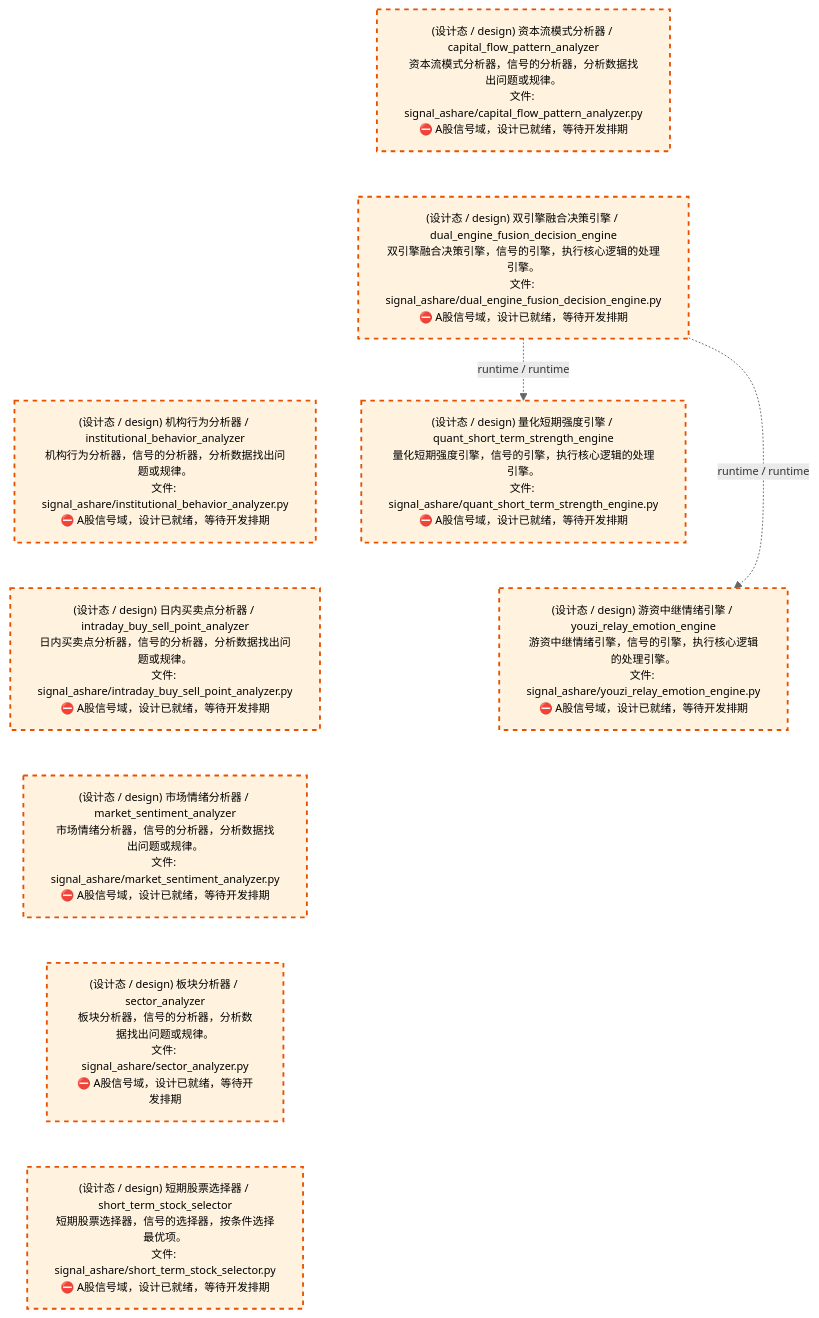
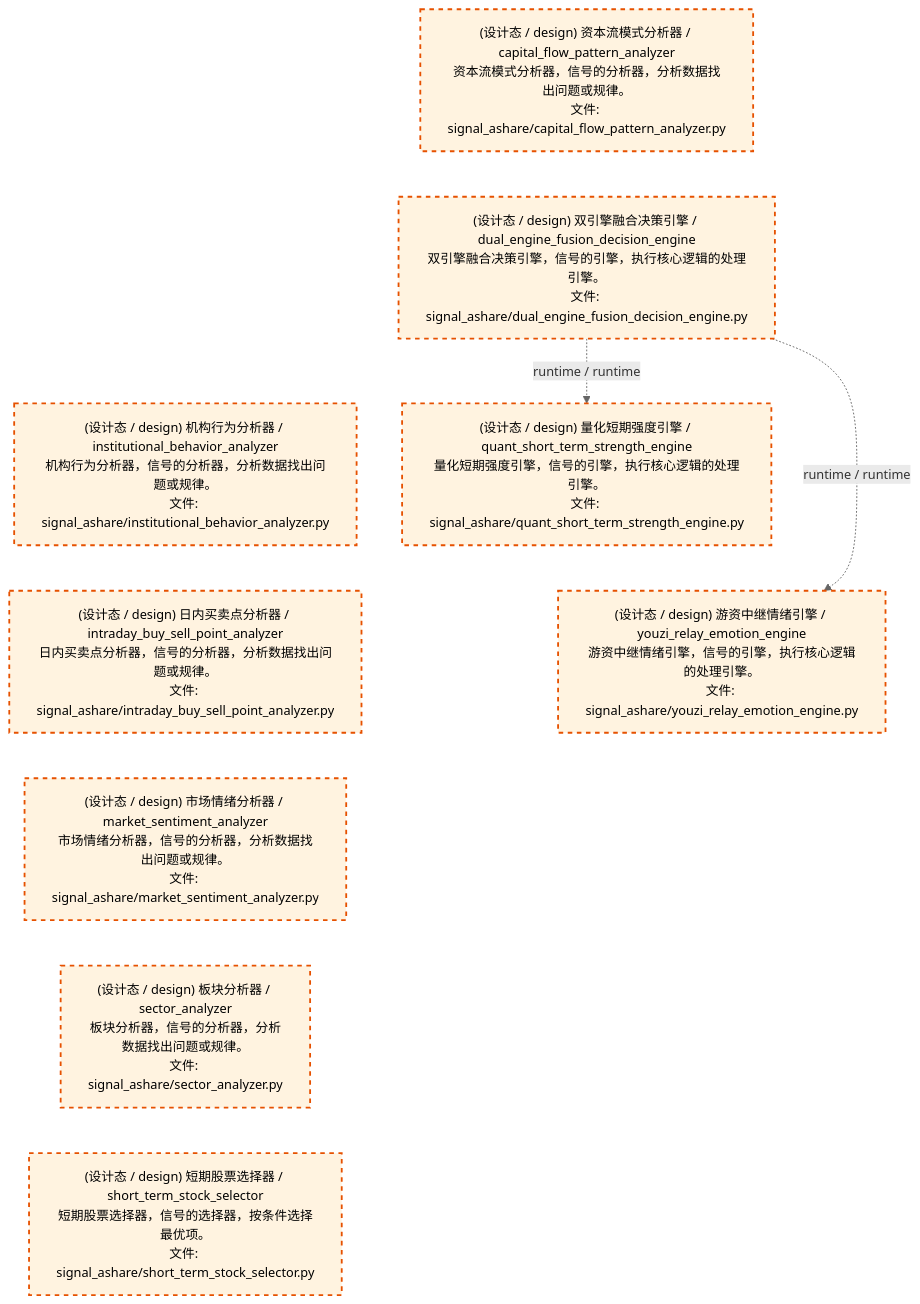
The third of 4 diagrams in docs/02_enterprise_architecture/02_domain_architecture_docs/32_d_ashare_signal.md (xuanFelixVan/ZephyrAlpha), drawn with Mermaid before and after one commit. The commit also changed other lines of this file and 61 other files, not shown here.

````diff
--- a/docs/02_enterprise_architecture/02_domain_architecture_docs/32_d_ashare_signal.md
+++ b/docs/02_enterprise_architecture/02_domain_architecture_docs/32_d_ashare_signal.md
@@ -130,27 +130,27 @@
 ```mermaid
-%%{init: {'theme': 'base', 'themeVariables': {'primaryColor': '#eaeaea', 'primaryTextColor': '#333333', 'primaryBorderColor': '#666666', 'lineColor': '#666666', 'secondaryColor': '#eaeaea', 'tertiaryColor': '#eaeaea', 'fontSize': '12px'}}}%%
+%%{init: {'theme': 'base', 'themeVariables': {'primaryColor': '#eaeaea', 'primaryTextColor': '#333333', 'primaryBorderColor': '#666666', 'lineColor': '#666666', 'secondaryColor': '#eaeaea', 'tertiaryColor': '#eaeaea', 'fontSize': '14px'}}}%%
 flowchart TD
-    src_zephyr_signal_ashare_capital_flow_pattern_analyzer_py["(设计态 / design) 资本流模式分析器 / capital_flow_pattern_analyzer<br/>资本流模式分析器，信号的分析器，分析数据找出问题或规律。<br/>文件: signal_ashare/capital_flow_pattern_analyzer.py<br/>⛔ A股信号域，设计已就绪，等待开发排期"]
-    src_zephyr_signal_ashare_dual_engine_fusion_decision_engine_py["(设计态 / design) 双引擎融合决策引擎 / dual_engine_fusion_decision_engine<br/>双引擎融合决策引擎，信号的引擎，执行核心逻辑的处理引擎。<br/>文件: signal_ashare/dual_engine_fusion_decision_engine.py<br/>⛔ A股信号域，设计已就绪，等待开发排期"]
-    src_zephyr_signal_ashare_institutional_behavior_analyzer_py["(设计态 / design) 机构行为分析器 / institutional_behavior_analyzer<br/>机构行为分析器，信号的分析器，分析数据找出问题或规律。<br/>文件: signal_ashare/institutional_behavior_analyzer.py<br/>⛔ A股信号域，设计已就绪，等待开发排期"]
-    src_zephyr_signal_ashare_intraday_buy_sell_point_analyzer_py["(设计态 / design) 日内买卖点分析器 / intraday_buy_sell_point_analyzer<br/>日内买卖点分析器，信号的分析器，分析数据找出问题或规律。<br/>文件: signal_ashare/intraday_buy_sell_point_analyzer.py<br/>⛔ A股信号域，设计已就绪，等待开发排期"]
-    src_zephyr_signal_ashare_market_sentiment_analyzer_py["(设计态 / design) 市场情绪分析器 / market_sentiment_analyzer<br/>市场情绪分析器，信号的分析器，分析数据找出问题或规律。<br/>文件: signal_ashare/market_sentiment_analyzer.py<br/>⛔ A股信号域，设计已就绪，等待开发排期"]
-    src_zephyr_signal_ashare_sector_analyzer_py["(设计态 / design) 板块分析器 / sector_analyzer<br/>板块分析器，信号的分析器，分析数据找出问题或规律。<br/>文件: signal_ashare/sector_analyzer.py<br/>⛔ A股信号域，设计已就绪，等待开发排期"]
-    src_zephyr_signal_ashare_short_term_stock_selector_py["(设计态 / design) 短期股票选择器 / short_term_stock_selector<br/>短期股票选择器，信号的选择器，按条件选择最优项。<br/>文件: signal_ashare/short_term_stock_selector.py<br/>⛔ A股信号域，设计已就绪，等待开发排期"]
+    src_zephyr_signal_ashare_capital_flow_pattern_analyzer_py["(设计态 / design) 资本流模式分析器 / capital_flow_pattern_analyzer<br/>资本流模式分析器，信号的分析器，分析数据找出问题或规律。<br/>文件: signal_ashare/capital_flow_pattern_analyzer.py"]
+    src_zephyr_signal_ashare_dual_engine_fusion_decision_engine_py["(设计态 / design) 双引擎融合决策引擎 / dual_engine_fusion_decision_engine<br/>双引擎融合决策引擎，信号的引擎，执行核心逻辑的处理引擎。<br/>文件: signal_ashare/dual_engine_fusion_decision_engine.py"]
+    src_zephyr_signal_ashare_institutional_behavior_analyzer_py["(设计态 / design) 机构行为分析器 / institutional_behavior_analyzer<br/>机构行为分析器，信号的分析器，分析数据找出问题或规律。<br/>文件: signal_ashare/institutional_behavior_analyzer.py"]
+    src_zephyr_signal_ashare_intraday_buy_sell_point_analyzer_py["(设计态 / design) 日内买卖点分析器 / intraday_buy_sell_point_analyzer<br/>日内买卖点分析器，信号的分析器，分析数据找出问题或规律。<br/>文件: signal_ashare/intraday_buy_sell_point_analyzer.py"]
+    src_zephyr_signal_ashare_market_sentiment_analyzer_py["(设计态 / design) 市场情绪分析器 / market_sentiment_analyzer<br/>市场情绪分析器，信号的分析器，分析数据找出问题或规律。<br/>文件: signal_ashare/market_sentiment_analyzer.py"]
+    src_zephyr_signal_ashare_sector_analyzer_py["(设计态 / design) 板块分析器 / sector_analyzer<br/>板块分析器，信号的分析器，分析数据找出问题或规律。<br/>文件: signal_ashare/sector_analyzer.py"]
+    src_zephyr_signal_ashare_short_term_stock_selector_py["(设计态 / design) 短期股票选择器 / short_term_stock_selector<br/>短期股票选择器，信号的选择器，按条件选择最优项。<br/>文件: signal_ashare/short_term_stock_selector.py"]
     src_zephyr_signal_ashare_capital_flow_pattern_analyzer_py ~~~ src_zephyr_signal_ashare_dual_engine_fusion_decision_engine_py
     src_zephyr_signal_ashare_dual_engine_fusion_decision_engine_py ~~~ src_zephyr_signal_ashare_institutional_behavior_analyzer_py
     src_zephyr_signal_ashare_institutional_behavior_analyzer_py ~~~ src_zephyr_signal_ashare_intraday_buy_sell_point_analyzer_py
     src_zephyr_signal_ashare_intraday_buy_sell_point_analyzer_py ~~~ src_zephyr_signal_ashare_market_sentiment_analyzer_py
     src_zephyr_signal_ashare_market_sentiment_analyzer_py ~~~ src_zephyr_signal_ashare_sector_analyzer_py
     src_zephyr_signal_ashare_sector_analyzer_py ~~~ src_zephyr_signal_ashare_short_term_stock_selector_py
-    src_zephyr_signal_ashare_quant_short_term_strength_engine_py["(设计态 / design) 量化短期强度引擎 / quant_short_term_strength_engine<br/>量化短期强度引擎，信号的引擎，执行核心逻辑的处理引擎。<br/>文件: signal_ashare/quant_short_term_strength_engine.py<br/>⛔ A股信号域，设计已就绪，等待开发排期"]
-    src_zephyr_signal_ashare_youzi_relay_emotion_engine_py["(设计态 / design) 游资中继情绪引擎 / youzi_relay_emotion_engine<br/>游资中继情绪引擎，信号的引擎，执行核心逻辑的处理引擎。<br/>文件: signal_ashare/youzi_relay_emotion_engine.py<br/>⛔ A股信号域，设计已就绪，等待开发排期"]
+    src_zephyr_signal_ashare_quant_short_term_strength_engine_py["(设计态 / design) 量化短期强度引擎 / quant_short_term_strength_engine<br/>量化短期强度引擎，信号的引擎，执行核心逻辑的处理引擎。<br/>文件: signal_ashare/quant_short_term_strength_engine.py"]
+    src_zephyr_signal_ashare_youzi_relay_emotion_engine_py["(设计态 / design) 游资中继情绪引擎 / youzi_relay_emotion_engine<br/>游资中继情绪引擎，信号的引擎，执行核心逻辑的处理引擎。<br/>文件: signal_ashare/youzi_relay_emotion_engine.py"]
     src_zephyr_signal_ashare_quant_short_term_strength_engine_py ~~~ src_zephyr_signal_ashare_youzi_relay_emotion_engine_py
     src_zephyr_signal_ashare_dual_engine_fusion_decision_engine_py -.->|runtime / runtime| src_zephyr_signal_ashare_youzi_relay_emotion_engine_py
     src_zephyr_signal_ashare_dual_engine_fusion_decision_engine_py -.->|runtime / runtime| src_zephyr_signal_ashare_quant_short_term_strength_engine_py
     classDef production fill:#e1f5fe,stroke:#01579b,stroke-width:2px,color:#000
     classDef design fill:#fff3e0,stroke:#e65100,stroke-width:2px,color:#000,stroke-dasharray: 5 5
     classDef external_prod fill:#e8f4fd,stroke:#0277bd,stroke-width:1px,color:#000
     classDef external_design fill:#fff8e7,stroke:#ef6c00,stroke-width:1px,color:#000,stroke-dasharray: 5 5
     class src_zephyr_signal_ashare_capital_flow_pattern_analyzer_py,src_zephyr_signal_ashare_dual_engine_fusion_decision_engine_py,src_zephyr_signal_ashare_institutional_behavior_analyzer_py,src_zephyr_signal_ashare_intraday_buy_sell_point_analyzer_py,src_zephyr_signal_ashare_market_sentiment_analyzer_py,src_zephyr_signal_ashare_quant_short_term_strength_engine_py,src_zephyr_signal_ashare_sector_analyzer_py,src_zephyr_signal_ashare_short_term_stock_selector_py,src_zephyr_signal_ashare_youzi_relay_emotion_engine_py design
 ```
````
